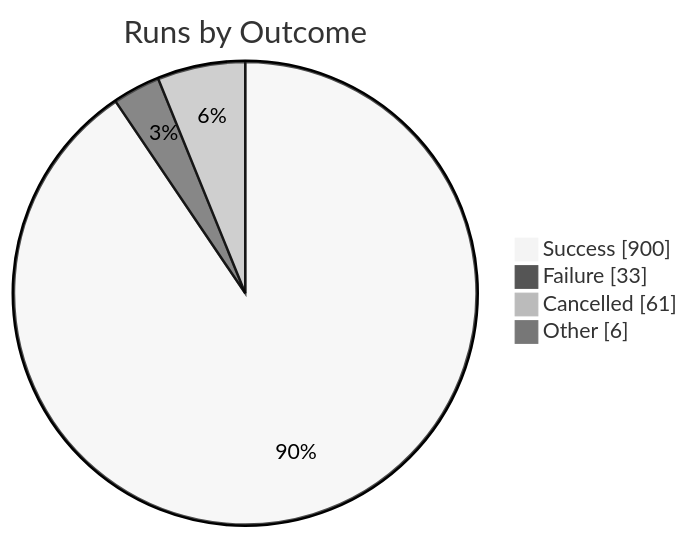
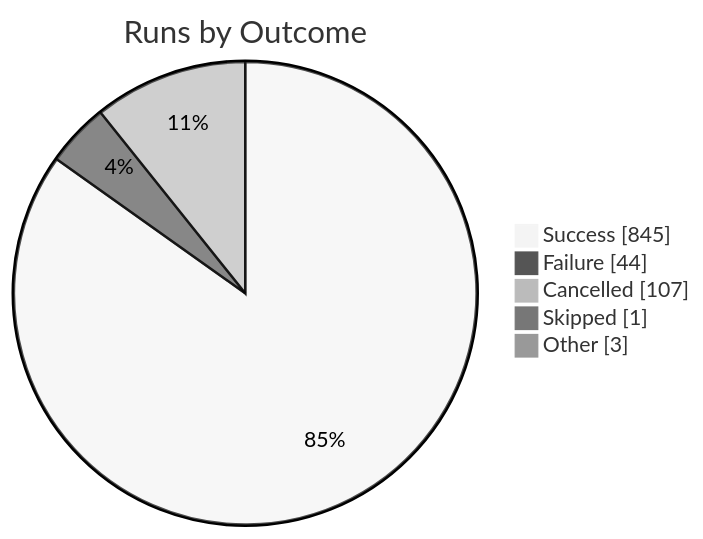
The first of 2 diagrams in apps/kbve/astro-kbve/src/content/docs/dashboard/ci-health.mdx (KBVE/kbve), drawn with Mermaid (neutral theme) before and after one commit. The commit also changed other lines of this file and 1 other file, not shown here.

````diff
--- a/apps/kbve/astro-kbve/src/content/docs/dashboard/ci-health.mdx
+++ b/apps/kbve/astro-kbve/src/content/docs/dashboard/ci-health.mdx
@@ -189,8 +189,9 @@
 ```mermaid
 pie showData
     title Runs by Outcome
-    "Success" : 900
-    "Failure" : 33
-    "Cancelled" : 61
-    "Other" : 6
+    "Success" : 845
+    "Failure" : 44
+    "Cancelled" : 107
+    "Skipped" : 1
+    "Other" : 3
 ```
````
